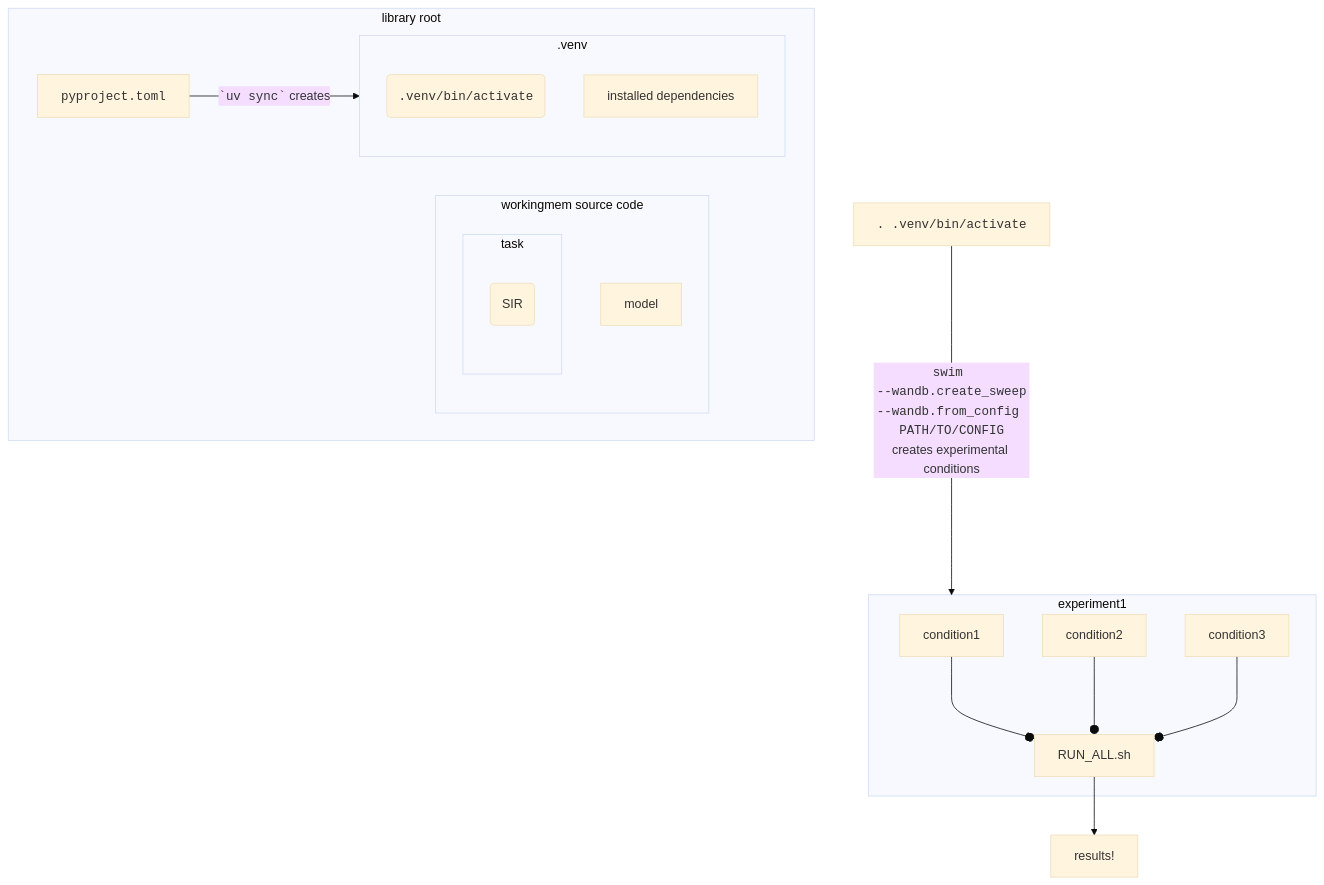
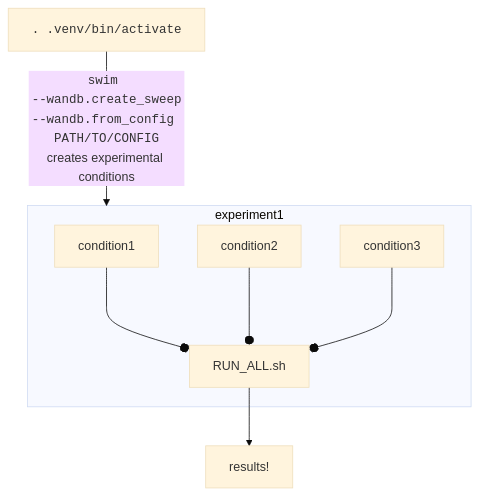
One commit to aalok-sathe/wm-computational-limits changed the third of 3 diagrams in src/workingmem/tutorials/README.md. Above: the diagram before and after it, drawn with Mermaid (base theme). The commit also changed other lines of this file and 2 other files, not shown here.

Commit message:
more docs

````diff
--- a/src/workingmem/tutorials/README.md
+++ b/src/workingmem/tutorials/README.md
@@ -63,35 +89,17 @@
-```mermaid
-flowchart TD
-  subgraph R [library root]
-    subgraph v [.venv]
-      binactivate( <code>.venv/bin/activate</code> )
-      packages[installed dependencies]
-    end
-    p[<code>pyproject.toml</code>]
-
-    p -->| <code>`uv sync`</code> creates | v
-
-    subgraph wm [workingmem source code]
-      model
-      subgraph task
-        SIR(SIR)
-      end
-    end
-
-  end
-
+  ```mermaid
+  flowchart TD
   subgraph experiment [experiment1]
     condition1
     condition2
     condition3
     RUN_ALL.sh
   end
 
   condition1 ---o RUN_ALL.sh
   condition2 ---o RUN_ALL.sh 
   condition3 ---o RUN_ALL.sh
 
   config1.yaml[<code>. .venv/bin/activate</code>] -->| <code>swim \n--wandb.create_sweep\n--wandb.from_config PATH/TO/CONFIG</code>\ncreates experimental conditions | experiment 
   RUN_ALL.sh --> results!
 
 ```
````
